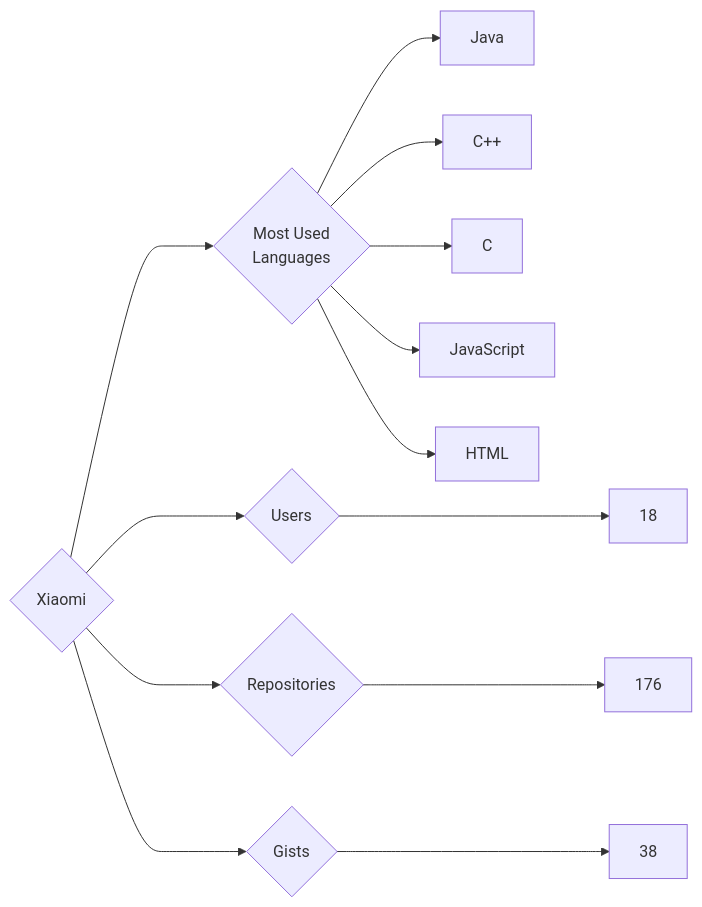
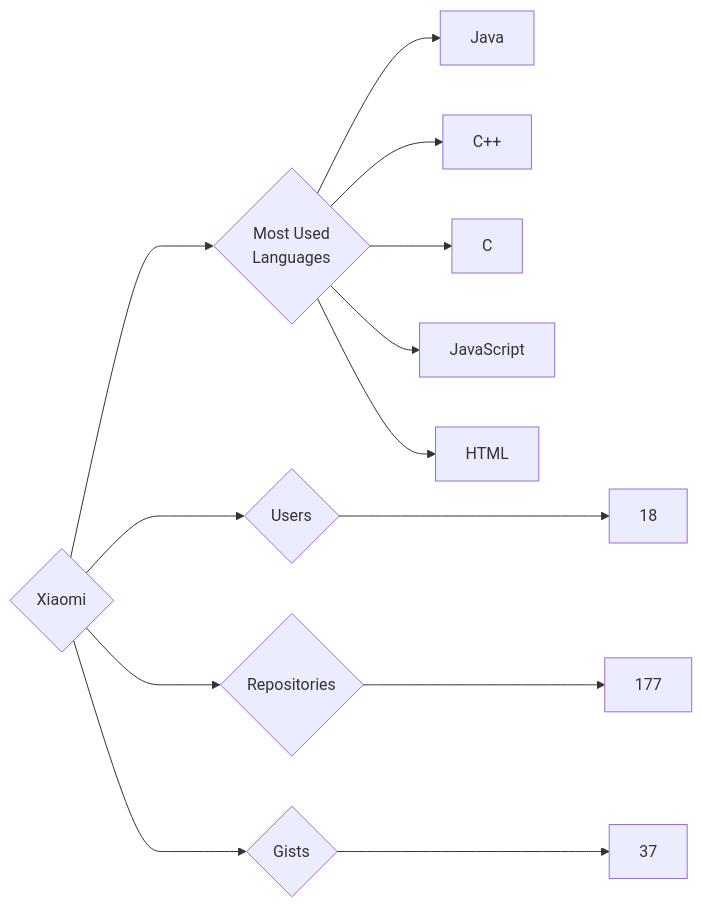
The diagram in targets/Xiaomi/README.md (trickest/insiders), drawn with Mermaid before and after one commit. The commit also changed 948 other files, not shown here.

````diff
--- a/targets/Xiaomi/README.md
+++ b/targets/Xiaomi/README.md
@@ -3,13 +3,13 @@
 ```mermaid
 graph LR
 COMPANY_NAME{Xiaomi}
 COMPANY_NAME ---> U{Users} ---> UN[18]
-COMPANY_NAME ---> R{Repositories} ---> RN[176]
-COMPANY_NAME ---> G{Gists} ---> GN[38]
+COMPANY_NAME ---> R{Repositories} ---> RN[177]
+COMPANY_NAME ---> G{Gists} ---> GN[37]
 COMPANY_NAME ---> ML{Most Used<br>Languages}
 ML --> Java[Java]
 ML --> C++[C++]
 ML --> C[C]
 ML --> JavaScript[JavaScript]
 ML --> HTML[HTML]
 ```
````
